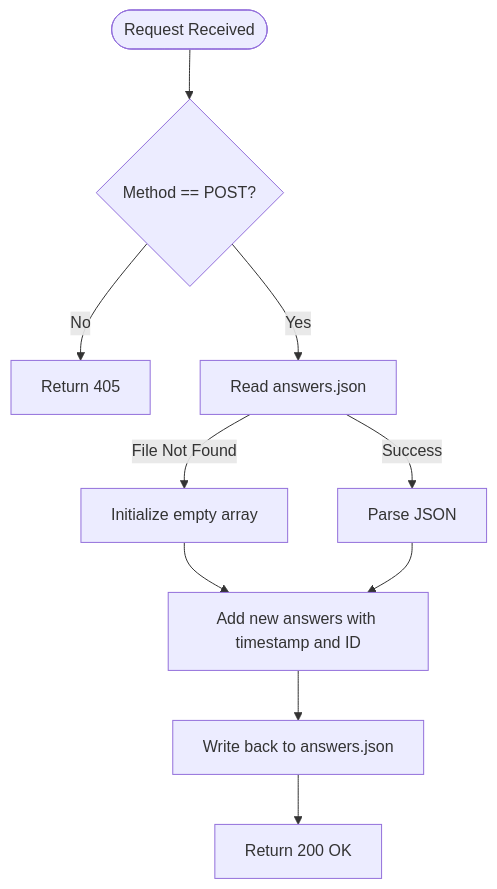
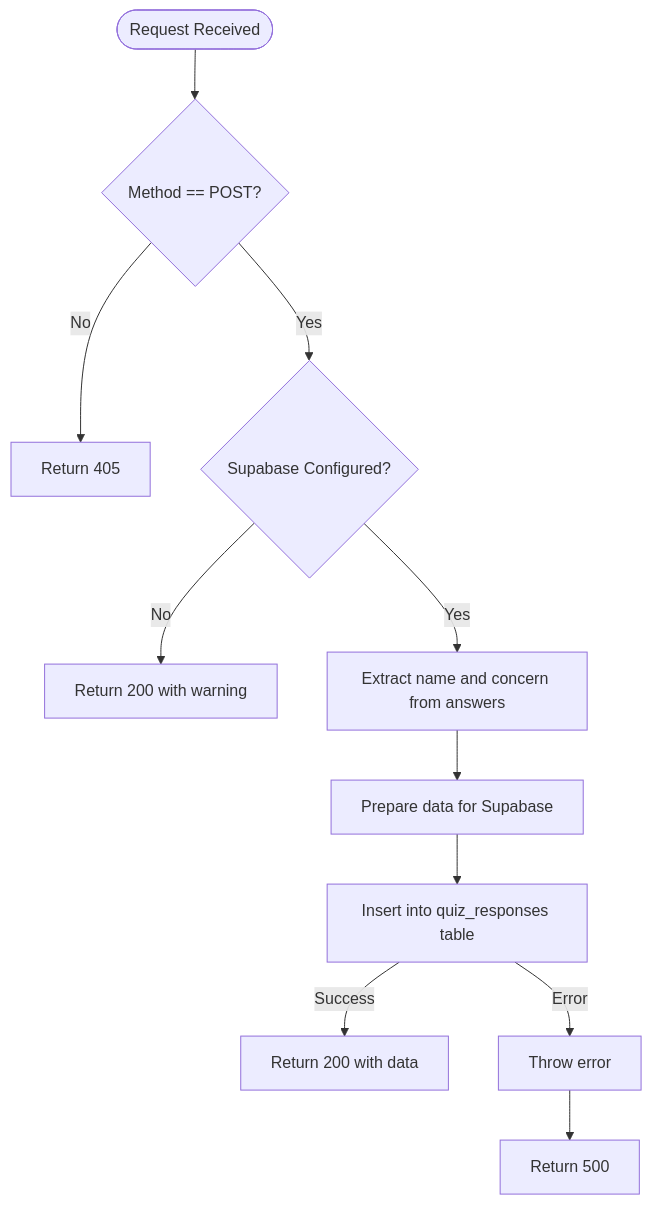
The fourth of 6 diagrams in .qoder/repowiki/en/content/Backend Architecture/Backend Architecture.md (lommaks777/alena), drawn with Mermaid before and after one commit. The commit also changed other lines of this file and 19 other files, not shown here.

First line of the commit message:
feat: Add autosave functionality for quiz responses

````diff
--- a/.qoder/repowiki/en/content/Backend Architecture/Backend Architecture.md
+++ b/.qoder/repowiki/en/content/Backend Architecture/Backend Architecture.md
@@ -158,12 +170,13 @@
 ```mermaid
 flowchart TD
 Start([Request Received]) --> ValidateMethod{"Method == POST?"}
 ValidateMethod --> |No| Return405[Return 405]
-ValidateMethod --> |Yes| ReadFile["Read answers.json"]
-ReadFile --> |File Not Found| InitEmpty["Initialize empty array"]
-ReadFile --> |Success| ParseData["Parse JSON"]
-InitEmpty --> AddData
-ParseData --> AddData["Add new answers with timestamp and ID"]
-AddData --> WriteFile["Write back to answers.json"]
-WriteFile --> Return200[Return 200 OK]
+ValidateMethod --> |Yes| CheckSupabase{"Supabase Configured?"}
+CheckSupabase --> |No| ReturnWarning[Return 200 with warning]
+CheckSupabase --> |Yes| ExtractData["Extract name and concern from answers"]
+ExtractData --> PrepareData["Prepare data for Supabase"]
+PrepareData --> InsertData["Insert into quiz_responses table"]
+InsertData --> |Success| ReturnSuccess[Return 200 with data]
+InsertData --> |Error| ThrowError[Throw error]
+ThrowError --> Return500[Return 500]
 ```
````
